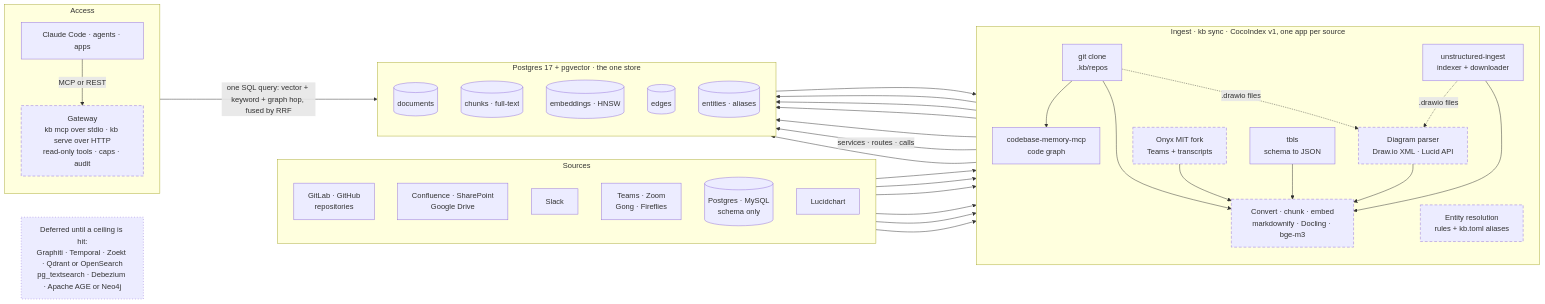
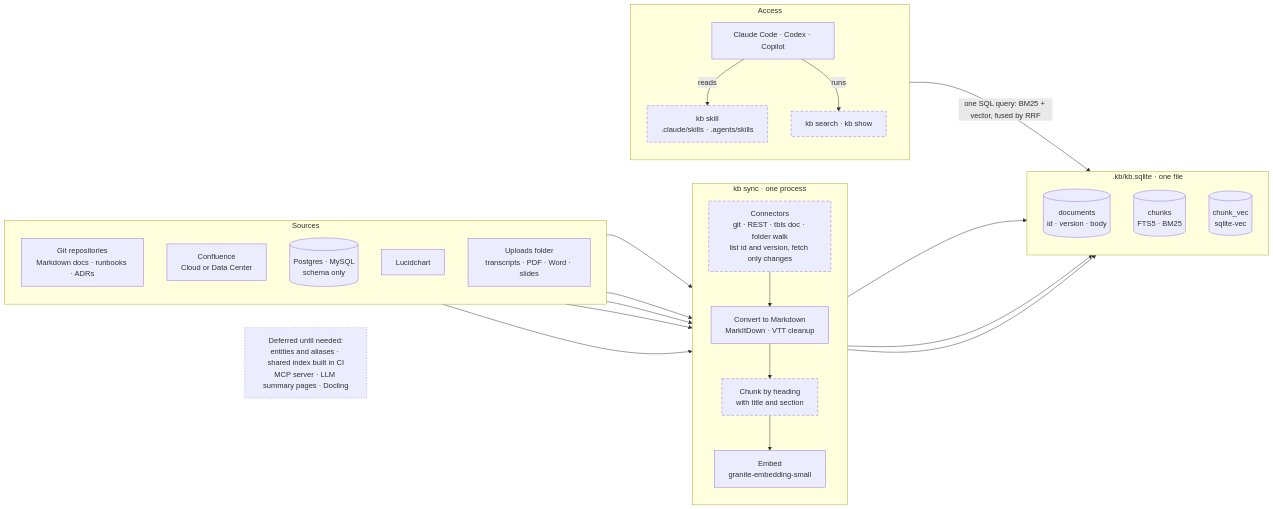
One commit to abhijitkushwaha1998/knowledge-base changed the first of 4 diagrams in docs/architecture.md. Above: the diagram before and after it, drawn with Mermaid. The commit also changed other lines of this file and 14 other files, not shown here.

````diff
--- a/docs/architecture.md
+++ b/docs/architecture.md
@@ -11,70 +11,55 @@
 ```mermaid
 flowchart LR
   subgraph sources["Sources"]
     direction TB
-    git["GitLab · GitHub<br/>repositories"]
-    docs["Confluence · SharePoint<br/>Google Drive"]
-    slack["Slack"]
-    teams["Teams · Zoom<br/>Gong · Fireflies"]
+    git["Git repositories<br/>Markdown docs · runbooks · ADRs"]
+    conf["Confluence<br/>Cloud or Data Center"]
     db[("Postgres · MySQL<br/>schema only")]
-    diag["Lucidchart"]
+    lucid["Lucidchart"]
+    up["Uploads folder<br/>transcripts · PDF · Word · slides"]
   end
 
-  subgraph ingest["Ingest · kb sync · CocoIndex v1, one app per source"]
+  subgraph ingest["kb sync · one process"]
     direction TB
-    clone["git clone<br/>.kb/repos"]
-    ui["unstructured-ingest<br/>indexer + downloader"]
-    onyx["Onyx MIT fork<br/>Teams + transcripts"]
-    tbls["tbls<br/>schema to JSON"]
-    dparse["Diagram parser<br/>Draw.io XML · Lucid API"]
-    cbm["codebase-memory-mcp<br/>code graph"]
-    proc["Convert · chunk · embed<br/>markdownify · Docling · bge-m3"]
-    er["Entity resolution<br/>rules + kb.toml aliases"]
+    conn["Connectors<br/>git · REST · tbls doc · folder walk<br/>list id and version, fetch only changes"]
+    conv["Convert to Markdown<br/>MarkItDown · VTT cleanup"]
+    chunk["Chunk by heading<br/>with title and section"]
+    emb["Embed<br/>granite-embedding-small"]
   end
 
-  subgraph store["Postgres 17 + pgvector · the one store"]
+  subgraph store[".kb/kb.sqlite · one file"]
     direction TB
-    documents[("documents")]
-    chunks[("chunks · full-text")]
-    embeddings[("embeddings · HNSW")]
-    edges[("edges")]
-    entities[("entities · aliases")]
+    documents[("documents<br/>id · version · body")]
+    chunks[("chunks<br/>FTS5 · BM25")]
+    vec[("chunk_vec<br/>sqlite-vec")]
   end
 
   subgraph access["Access"]
     direction TB
-    gw["Gateway<br/>kb mcp over stdio · kb serve over HTTP<br/>read-only tools · caps · audit"]
-    agents["Claude Code · agents · apps"]
+    skill["kb skill<br/>.claude/skills · .agents/skills"]
+    cli["kb search · kb show"]
+    agents["Claude Code · Codex · Copilot"]
   end
 
-  deferred["Deferred until a ceiling is hit:<br/>Graphiti · Temporal · Zoekt · Qdrant or OpenSearch<br/>pg_textsearch · Debezium · Apache AGE or Neo4j"]
+  deferred["Deferred until needed:<br/>entities and aliases · shared index built in CI<br/>MCP server · LLM summary pages · Docling"]
 
-  git --> clone
-  docs --> ui
-  slack --> ui
-  teams --> onyx
-  db --> tbls
-  diag --> dparse
-  clone --> cbm
-  clone --> proc
-  clone -.->|".drawio files"| dparse
-  ui -.->|".drawio files"| dparse
-  ui --> proc
-  onyx --> proc
-  tbls --> proc
-  dparse --> proc
-  proc --> documents
-  proc --> chunks
-  proc --> embeddings
-  proc --> edges
-  cbm -->|"services · routes · calls"| edges
-  edges --> er
-  er --> entities
-  gw -->|"one SQL query: vector + keyword + graph hop, fused by RRF"| store
-  agents -->|"MCP or REST"| gw
+  git --> conn
+  conf --> conn
+  db --> conn
+  lucid --> conn
+  up --> conn
+  conn --> conv
+  conv --> chunk
+  chunk --> emb
+  conv --> documents
+  chunk --> chunks
+  emb --> vec
+  agents -->|"reads"| skill
+  agents -->|"runs"| cli
+  cli -->|"one SQL query: BM25 + vector, fused by RRF"| store
 
   classDef built stroke-dasharray: 6 4
   classDef later stroke-dasharray: 2 4
-  class onyx,dparse,proc,er,gw built
+  class conn,chunk,skill,cli built
   class deferred later
 ```
````
